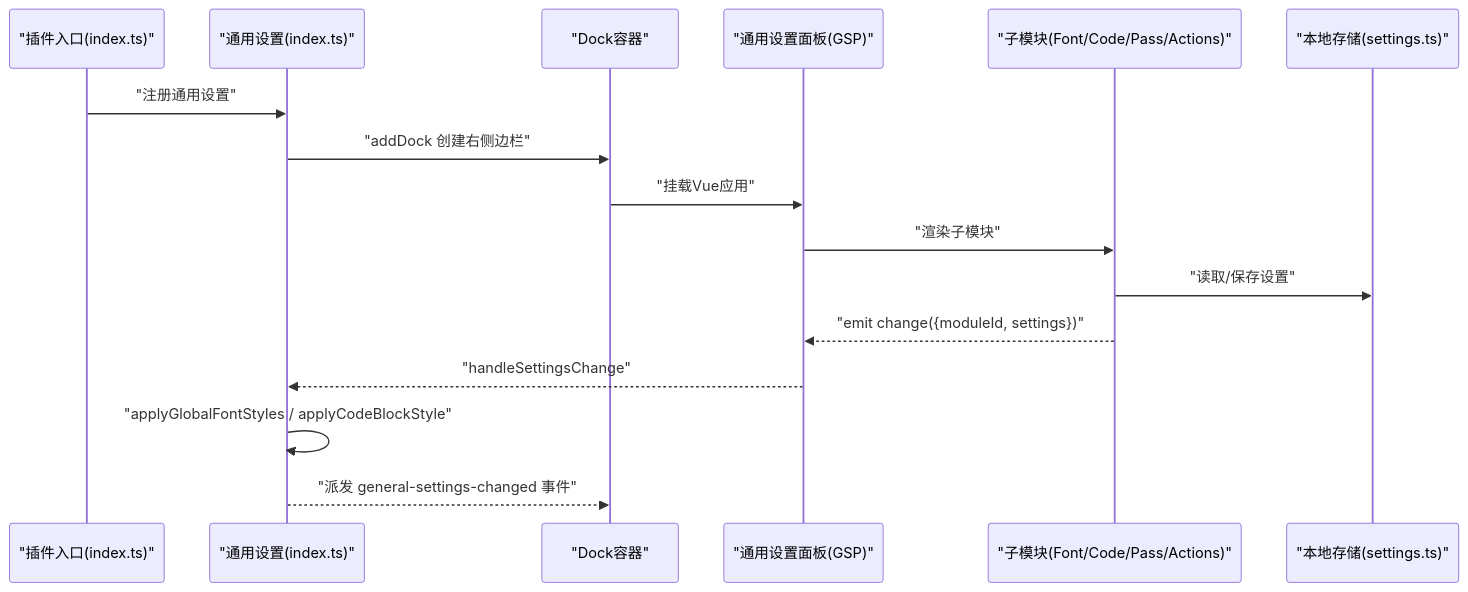
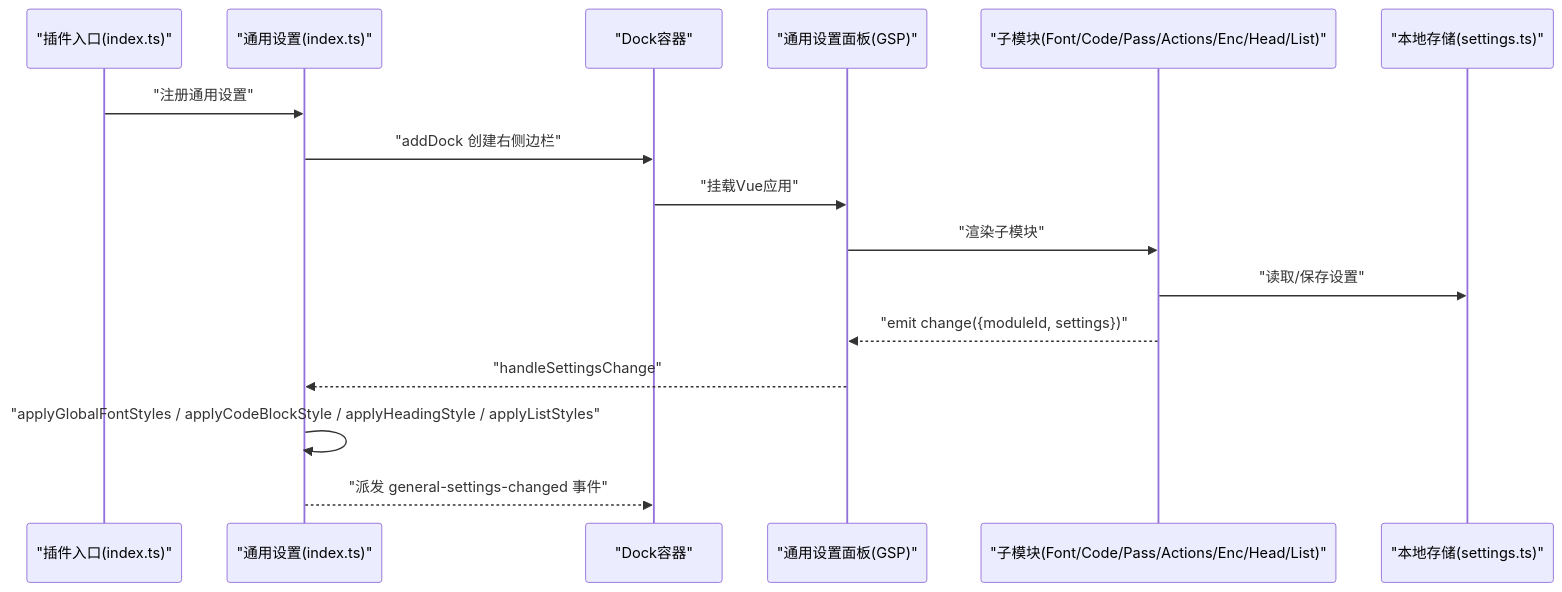
Before and after one commit to 851039536/siyuanPluginVueSN: the second of 14 diagrams in .qoder/repowiki/zh/content/功能模块详解/通用设置.md, drawn with Mermaid. The commit also changed other lines of this file and 9 other files, not shown here.

````diff
--- a/.qoder/repowiki/zh/content/功能模块详解/通用设置.md
+++ b/.qoder/repowiki/zh/content/功能模块详解/通用设置.md
@@ -136,18 +163,18 @@
 ```mermaid
 sequenceDiagram
 participant P as "插件入口(index.ts)"
 participant GS as "通用设置(index.ts)"
 participant Dock as "Dock容器"
 participant Panel as "通用设置面板(GSP)"
-participant Sub as "子模块(Font/Code/Pass/Actions)"
+participant Sub as "子模块(Font/Code/Pass/Actions/Enc/Head/List)"
 participant Store as "本地存储(settings.ts)"
 P->>GS : "注册通用设置"
 GS->>Dock : "addDock 创建右侧边栏"
 Dock->>Panel : "挂载Vue应用"
 Panel->>Sub : "渲染子模块"
 Sub->>Store : "读取/保存设置"
 Sub-->>Panel : "emit change({moduleId, settings})"
 Panel-->>GS : "handleSettingsChange"
-GS->>GS : "applyGlobalFontStyles / applyCodeBlockStyle"
+GS->>GS : "applyGlobalFontStyles / applyCodeBlockStyle / applyHeadingStyle / applyListStyles"
 GS-->>Dock : "派发 general-settings-changed 事件"
 ```
````
